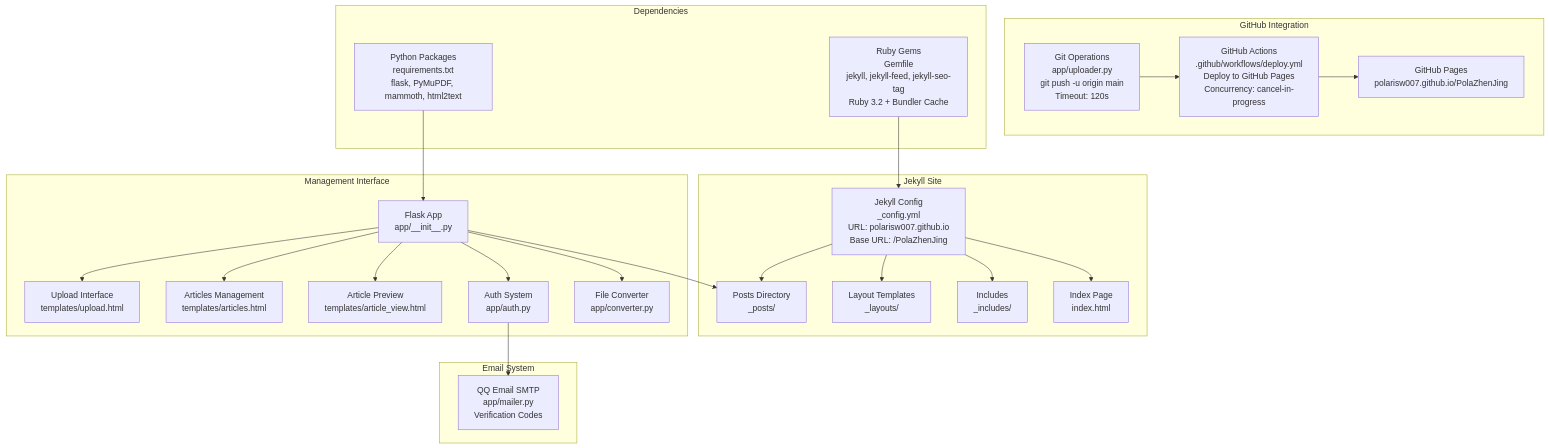
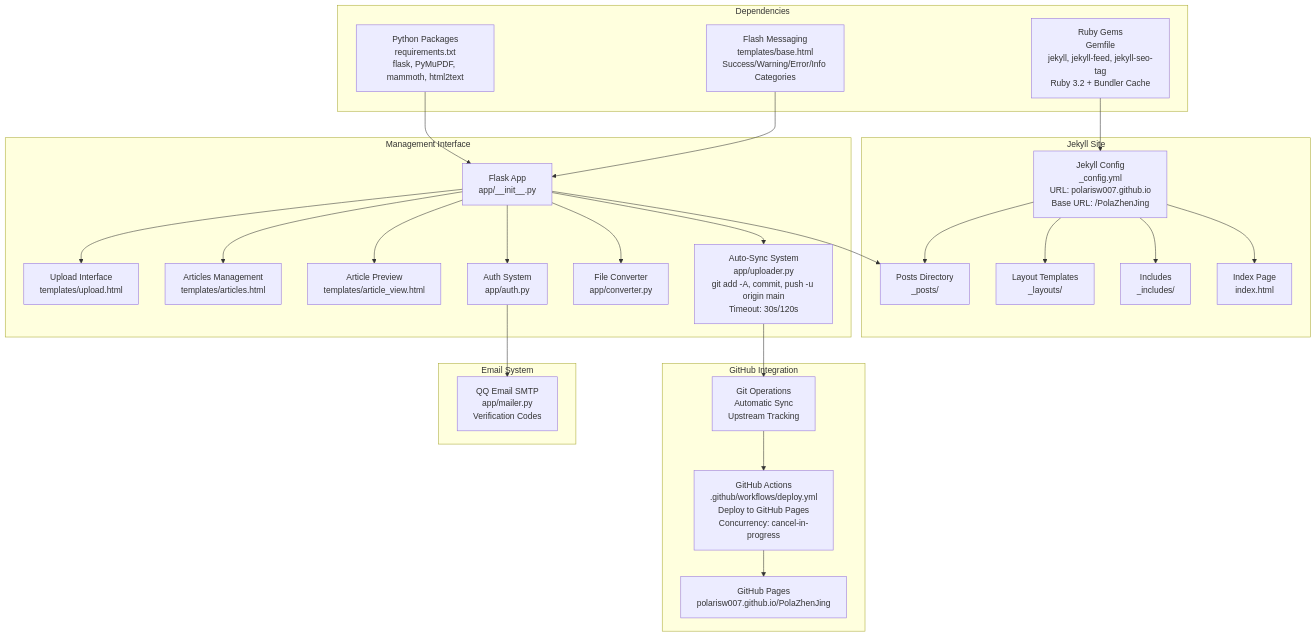
The first of 4 diagrams in .qoder/repowiki/en/content/Backend Application/Publishing Pipeline.md (PolarisW007/PolaZhenJing), drawn with Mermaid before and after one commit. The commit also changed other lines of this file and 11 other files, not shown here.

````diff
--- a/.qoder/repowiki/en/content/Backend Application/Publishing Pipeline.md
+++ b/.qoder/repowiki/en/content/Backend Application/Publishing Pipeline.md
@@ -56,45 +56,50 @@
 ```mermaid
 graph TB
 subgraph "Jekyll Site"
 A["Jekyll Config<br/>_config.yml<br/>URL: polarisw007.github.io<br/>Base URL: /PolaZhenJing"]
 B["Posts Directory<br/>_posts/"]
 C["Layout Templates<br/>_layouts/"]
 D["Includes<br/>_includes/"]
 E["Index Page<br/>index.html"]
 end
 subgraph "Management Interface"
 F["Flask App<br/>app/__init__.py"]
 G["Upload Interface<br/>templates/upload.html"]
 H["Articles Management<br/>templates/articles.html"]
 I["Article Preview<br/>templates/article_view.html"]
 J["Auth System<br/>app/auth.py"]
 K["File Converter<br/>app/converter.py"]
+L["Auto-Sync System<br/>app/uploader.py<br/>git add -A, commit, push -u origin main<br/>Timeout: 30s/120s"]
 end
 subgraph "GitHub Integration"
-L["Git Operations<br/>app/uploader.py<br/>git push -u origin main<br/>Timeout: 120s"]
-M["GitHub Actions<br/>.github/workflows/deploy.yml<br/>Deploy to GitHub Pages<br/>Concurrency: cancel-in-progress"]
-N["GitHub Pages<br/>polarisw007.github.io/PolaZhenJing"]
+M["Git Operations<br/>Automatic Sync<br/>Upstream Tracking"]
+N["GitHub Actions<br/>.github/workflows/deploy.yml<br/>Deploy to GitHub Pages<br/>Concurrency: cancel-in-progress"]
+O["GitHub Pages<br/>polarisw007.github.io/PolaZhenJing"]
 end
 subgraph "Email System"
-O["QQ Email SMTP<br/>app/mailer.py<br/>Verification Codes"]
+P["QQ Email SMTP<br/>app/mailer.py<br/>Verification Codes"]
 end
 subgraph "Dependencies"
-P["Ruby Gems<br/>Gemfile<br/>jekyll, jekyll-feed, jekyll-seo-tag<br/>Ruby 3.2 + Bundler Cache"]
-Q["Python Packages<br/>requirements.txt<br/>flask, PyMuPDF, mammoth, html2text"]
+Q["Ruby Gems<br/>Gemfile<br/>jekyll, jekyll-feed, jekyll-seo-tag<br/>Ruby 3.2 + Bundler Cache"]
+R["Python Packages<br/>requirements.txt<br/>flask, PyMuPDF, mammoth, html2text"]
+S["Flash Messaging<br/>templates/base.html<br/>Success/Warning/Error/Info Categories"]
 end
 A --> B
 A --> C
 A --> D
 A --> E
 F --> B
 F --> G
 F --> H
 F --> I
 F --> J
 F --> K
-J --> O
+F --> L
+J --> P
 L --> M
 M --> N
-P --> A
-Q --> F
+N --> O
+Q --> A
+R --> F
+S --> F
 ```
````
